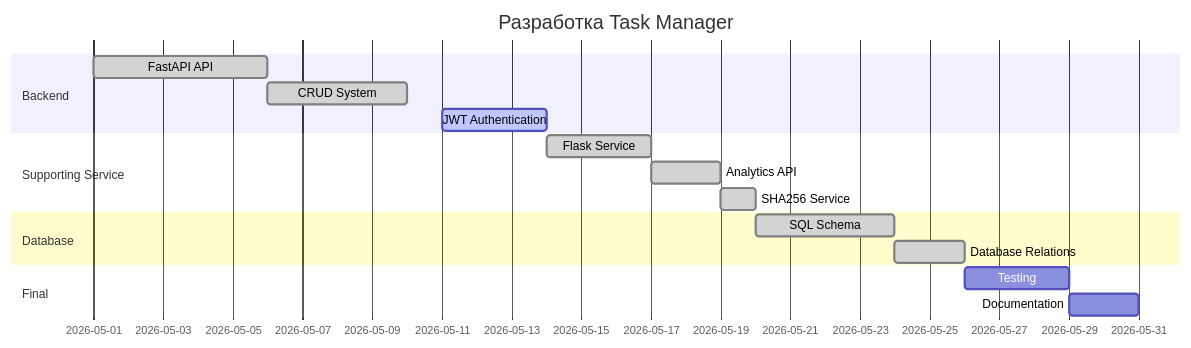
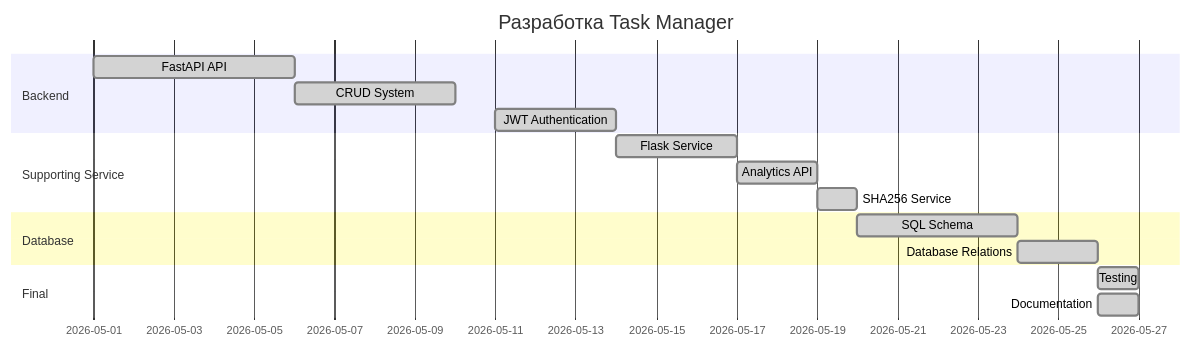
Before and after one commit to ColonelPavlov/Task_manager: the diagram in README.md, drawn with Mermaid. The commit also changed other lines of this file, not shown here.

````diff
--- a/README.md
+++ b/README.md
@@ -340,23 +344,23 @@
 ```mermaid
 gantt
     title Разработка Task Manager
     dateFormat YYYY-MM-DD
 
     section Backend
-    FastAPI API :done, 2026-05-01, 5d
-    CRUD System :done, 2026-05-06, 4d
-    JWT Authentication :active, 2026-05-11, 3d
+    FastAPI API               :done, 2026-05-01, 5d
+    CRUD System               :done, 2026-05-06, 4d
+    JWT Authentication        :done, 2026-05-11, 3d
 
     section Supporting Service
-    Flask Service :done, 2026-05-14, 3d
-    Analytics API :done, 2026-05-17, 2d
-    SHA256 Service :done, 2026-05-19, 1d
+    Flask Service             :done, 2026-05-14, 3d
+    Analytics API             :done, 2026-05-17, 2d
+    SHA256 Service            :done, 2026-05-19, 1d
 
     section Database
-    SQL Schema :done, 2026-05-20, 4d
-    Database Relations :done, 2026-05-24, 2d
+    SQL Schema                :done, 2026-05-20, 4d
+    Database Relations        :done, 2026-05-24, 2d
 
     section Final
-    Testing :2026-05-26, 3d
-    Documentation :2026-05-29, 2d
+    Testing                   :done, 2026-05-26, 1d
+    Documentation             :done, 2026-05-26, 1d
 ```
````
